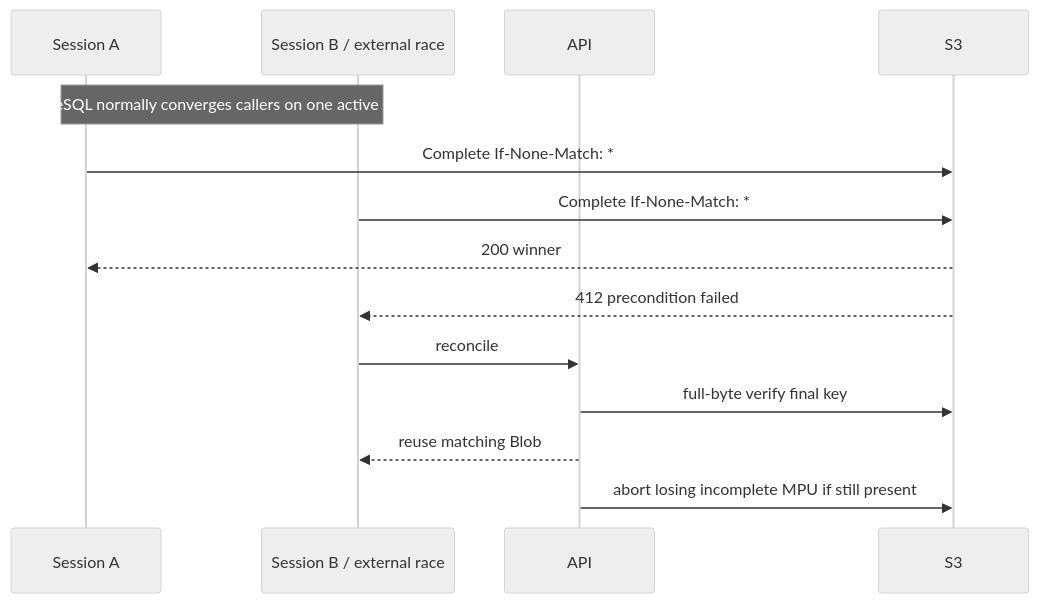
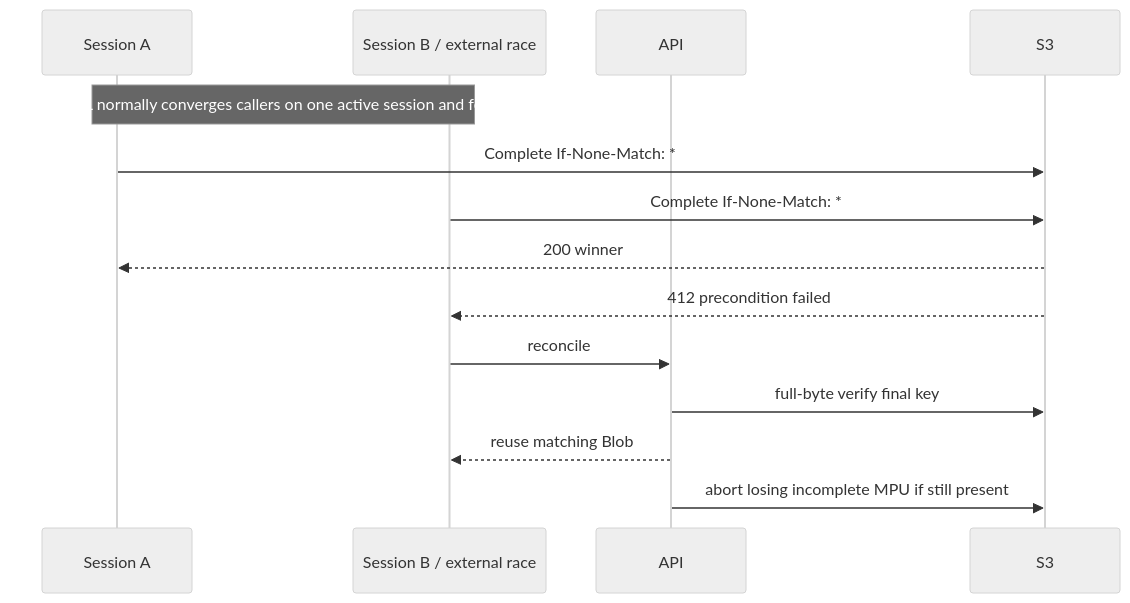
Before and after one commit to zbnerd/RoboLake: the seventh of 9 diagrams in docs/M2_MULTIPART_ARCHITECTURE.md, drawn with Mermaid (neutral theme). The commit also changed other lines of this file and 19 other files, not shown here.

````diff
--- a/docs/M2_MULTIPART_ARCHITECTURE.md
+++ b/docs/M2_MULTIPART_ARCHITECTURE.md
@@ -272,16 +344,16 @@
 ```mermaid
 sequenceDiagram
     participant A as Session A
     participant B as Session B / external race
     participant API
     participant S3
-    Note over A,B: PostgreSQL normally converges callers on one active session
+    Note over A,B: PostgreSQL normally converges callers on one active session and fenced lease
     A->>S3: Complete If-None-Match: *
     B->>S3: Complete If-None-Match: *
     S3-->>A: 200 winner
     S3-->>B: 412 precondition failed
     B->>API: reconcile
     API->>S3: full-byte verify final key
     API-->>B: reuse matching Blob
     API->>S3: abort losing incomplete MPU if still present
 ```
````
